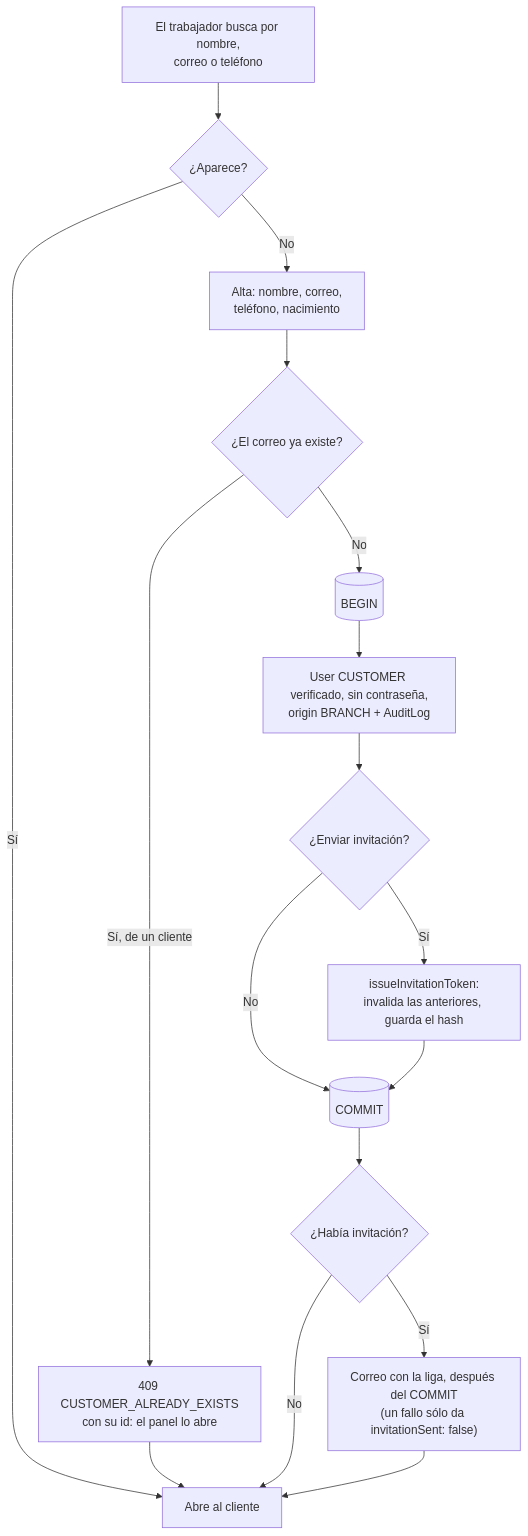
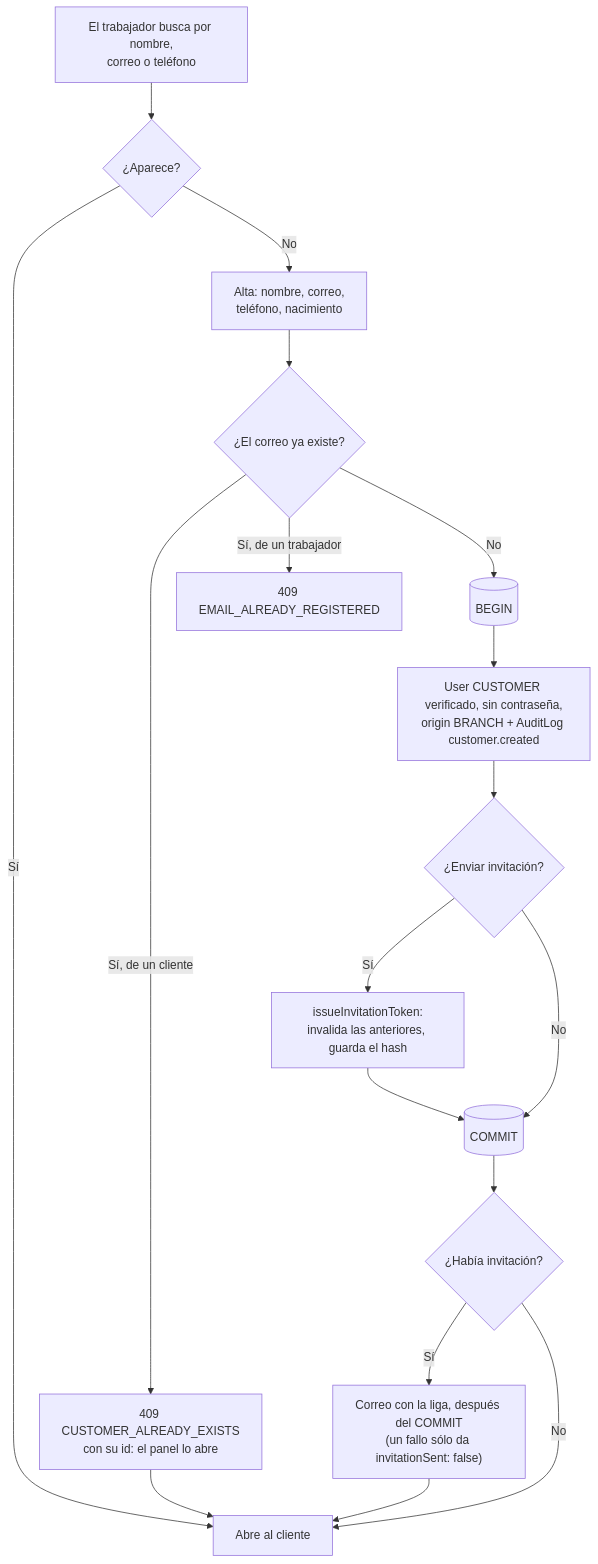
Before and after one commit to erickgs2/ruta_mochilera: the first of 5 diagrams in docs/diagrams/counter-sale.md, drawn with Mermaid. The commit also changed other lines of this file and 1 other file, not shown here.

First line of the commit message:
docs: complete the phase 2b counter and credit diagrams

````diff
--- a/docs/diagrams/counter-sale.md
+++ b/docs/diagrams/counter-sale.md
@@ -8,19 +9,20 @@
 ```mermaid
 flowchart TD
     A["El trabajador busca por nombre,<br/>correo o teléfono"] --> B{"¿Aparece?"}
     B -- Sí --> C["Abre al cliente"]
     B -- No --> D["Alta: nombre, correo,<br/>teléfono, nacimiento"]
     D --> E{"¿El correo ya existe?"}
     E -- "Sí, de un cliente" --> F["409 CUSTOMER_ALREADY_EXISTS<br/>con su id: el panel lo abre"]
     F --> C
+    E -- "Sí, de un trabajador" --> X["409 EMAIL_ALREADY_REGISTERED"]
     E -- No --> G[("BEGIN")]
-    G --> H["User CUSTOMER verificado, sin contraseña,<br/>origin BRANCH + AuditLog"]
+    G --> H["User CUSTOMER verificado, sin contraseña,<br/>origin BRANCH + AuditLog customer.created"]
     H --> I{"¿Enviar invitación?"}
     I -- Sí --> J["issueInvitationToken:<br/>invalida las anteriores, guarda el hash"]
     I -- No --> K[("COMMIT")]
     J --> K
     K --> L{"¿Había invitación?"}
     L -- Sí --> M["Correo con la liga, después del COMMIT<br/>(un fallo sólo da invitationSent: false)"]
     L -- No --> C
     M --> C
 ```
````
